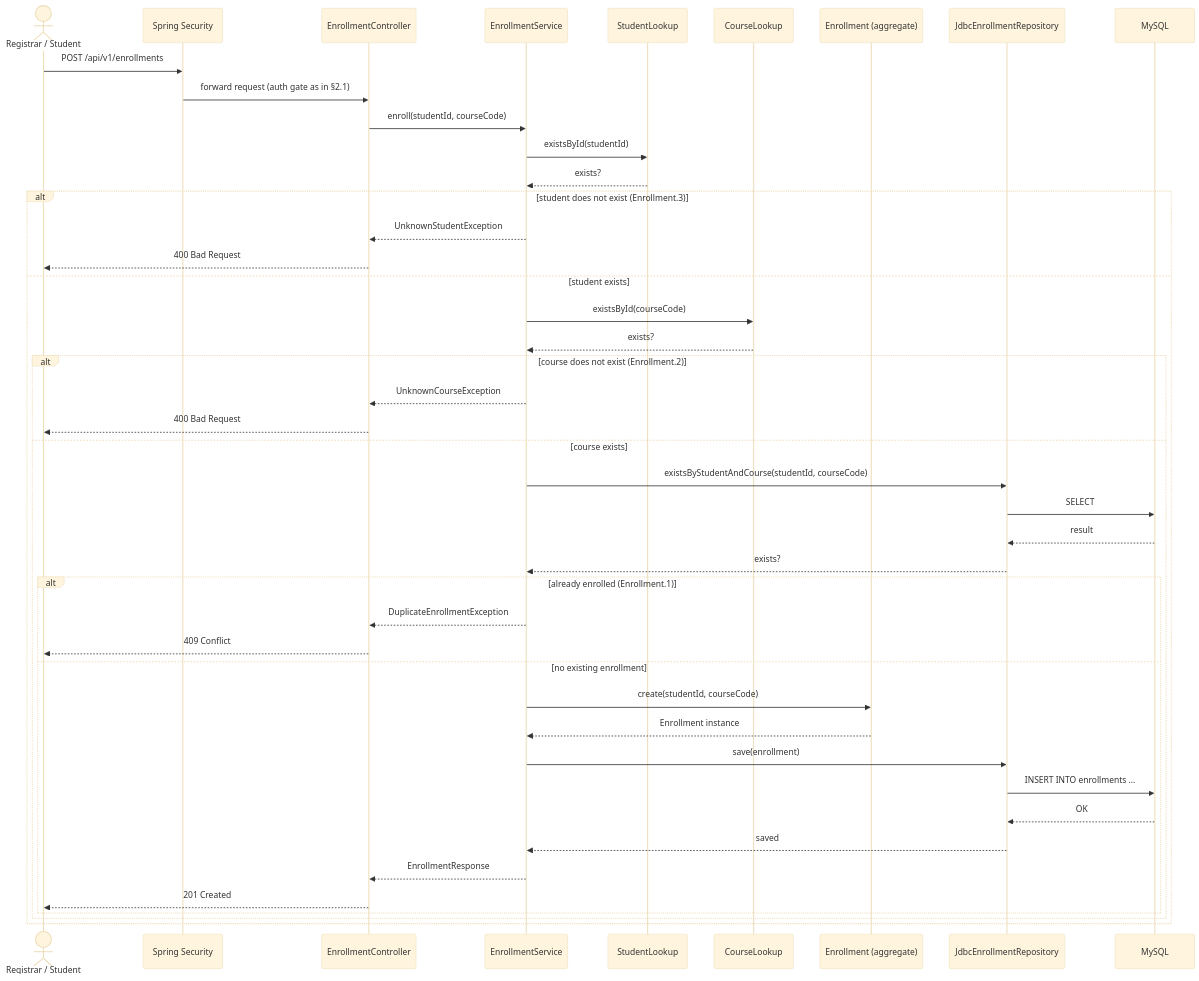
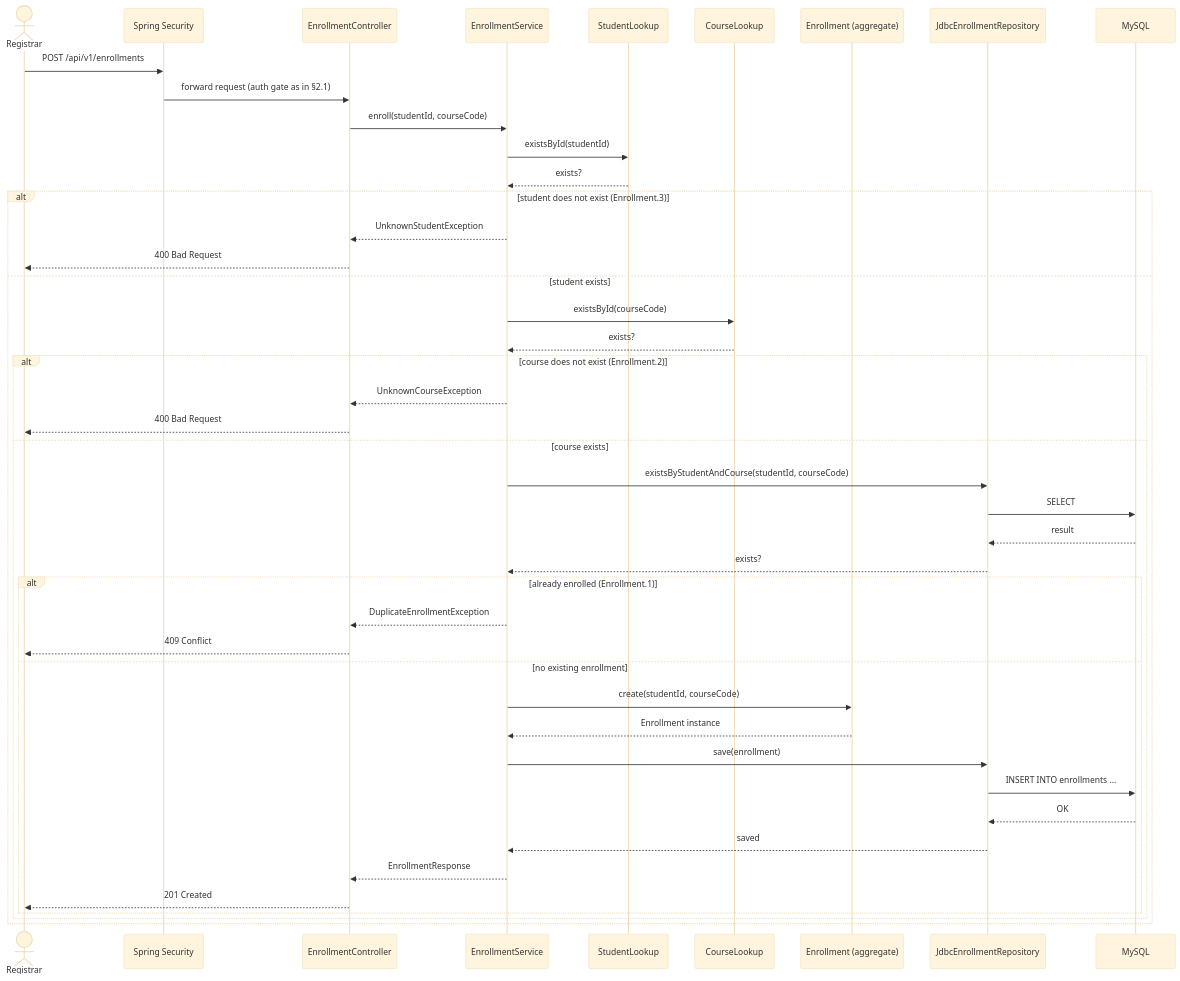
One commit to phuchoang2005/Student-Management-System changed diagram 17 of 22 in docs/SA-docs/03-sequence-diagrams.md. Above: the diagram before and after it, drawn with Mermaid (base theme). The commit also changed other lines of this file and 13 other files, not shown here.

````diff
--- a/docs/SA-docs/03-sequence-diagrams.md
+++ b/docs/SA-docs/03-sequence-diagrams.md
@@ -643,47 +643,47 @@
 ```mermaid
 sequenceDiagram
-    actor Caller as Registrar / Student
+    actor Caller as Registrar
     participant Sec as Spring Security
     participant Ctrl as EnrollmentController
     participant Svc as EnrollmentService
     participant SLookup as StudentLookup
     participant CLookup as CourseLookup
     participant Agg as Enrollment (aggregate)
     participant Repo as JdbcEnrollmentRepository
     participant DB as MySQL
 
     Caller->>Sec: POST /api/v1/enrollments
     Sec->>Ctrl: forward request (auth gate as in §2.1)
     Ctrl->>Svc: enroll(studentId, courseCode)
     Svc->>SLookup: existsById(studentId)
     SLookup-->>Svc: exists?
     alt student does not exist (Enrollment.3)
         Svc-->>Ctrl: UnknownStudentException
         Ctrl-->>Caller: 400 Bad Request
     else student exists
         Svc->>CLookup: existsById(courseCode)
         CLookup-->>Svc: exists?
         alt course does not exist (Enrollment.2)
             Svc-->>Ctrl: UnknownCourseException
             Ctrl-->>Caller: 400 Bad Request
         else course exists
             Svc->>Repo: existsByStudentAndCourse(studentId, courseCode)
             Repo->>DB: SELECT
             DB-->>Repo: result
             Repo-->>Svc: exists?
             alt already enrolled (Enrollment.1)
                 Svc-->>Ctrl: DuplicateEnrollmentException
                 Ctrl-->>Caller: 409 Conflict
             else no existing enrollment
                 Svc->>Agg: create(studentId, courseCode)
                 Agg-->>Svc: Enrollment instance
                 Svc->>Repo: save(enrollment)
                 Repo->>DB: INSERT INTO enrollments ...
                 DB-->>Repo: OK
                 Repo-->>Svc: saved
                 Svc-->>Ctrl: EnrollmentResponse
                 Ctrl-->>Caller: 201 Created
             end
         end
     end
 ```
````
